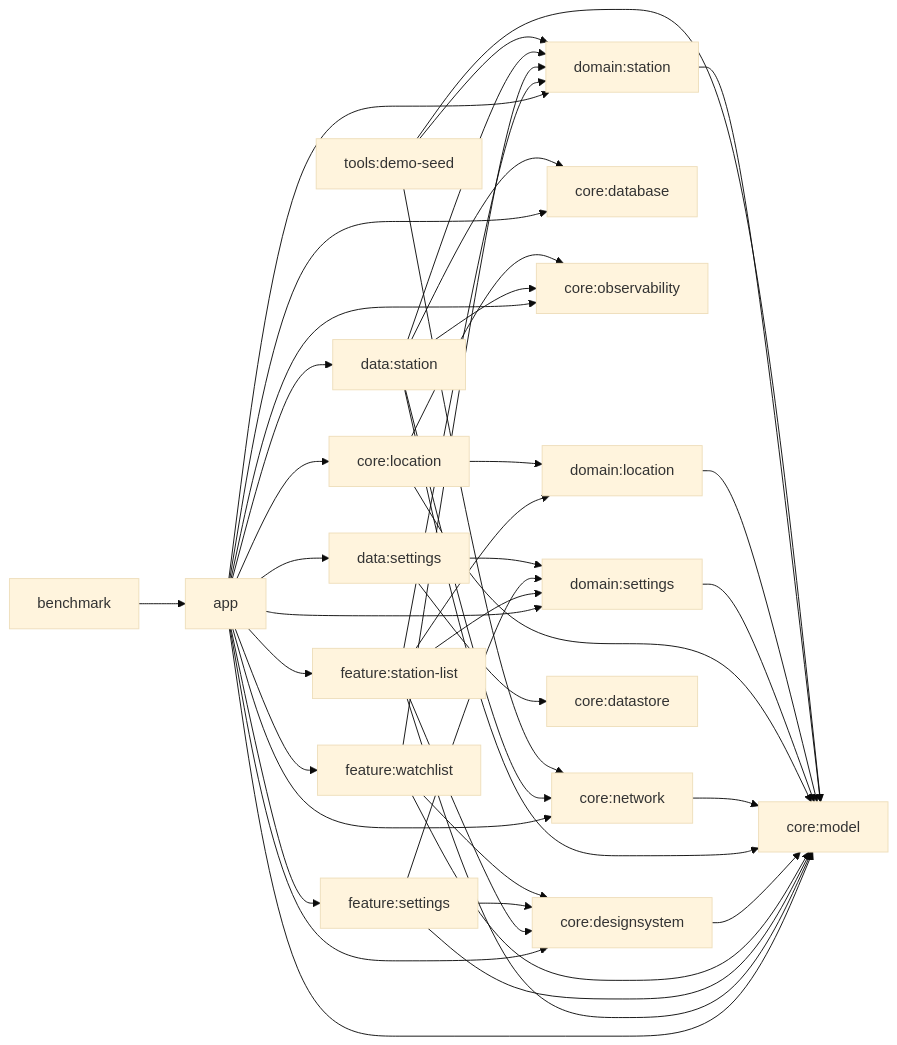
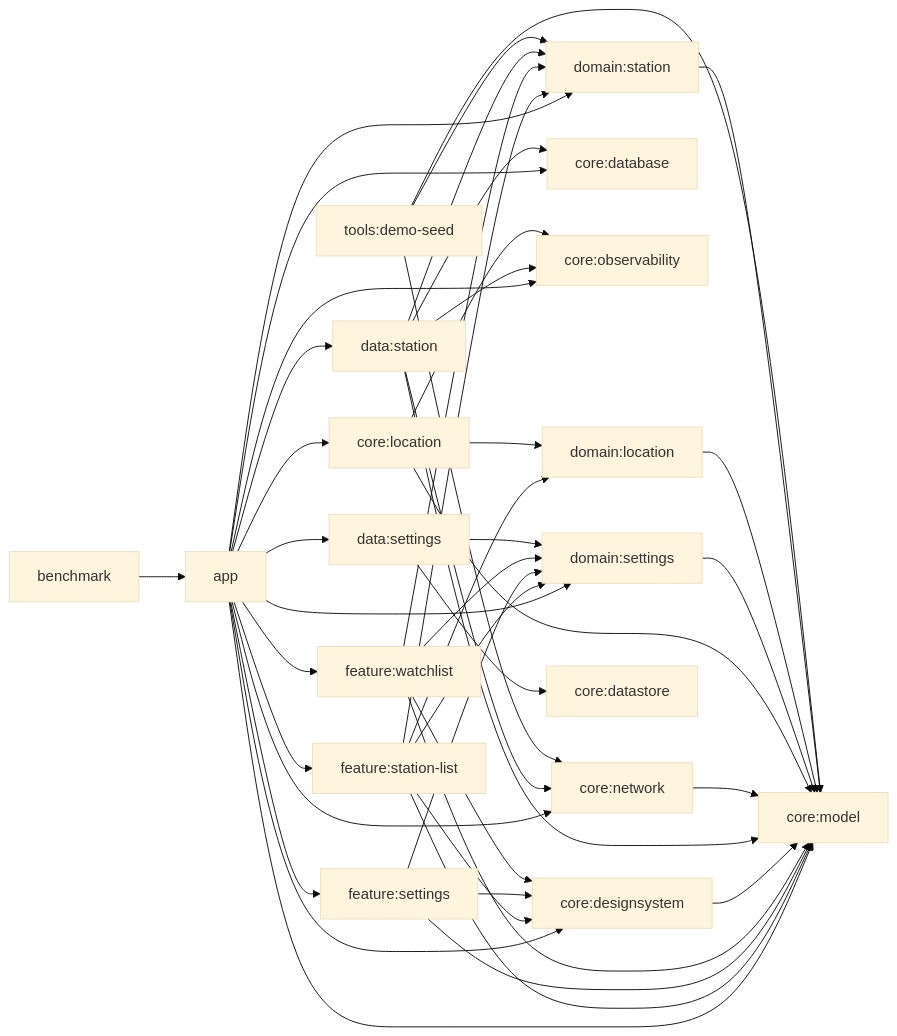
Before and after one commit to beyondwin/GasStation: the diagram in README.md, drawn with Mermaid (base theme). The commit also changed 2 other files, not shown here.

Commit message:
test: strengthen preference consumer coverage

````diff
--- a/README.md
+++ b/README.md
@@ -59,54 +59,55 @@
 ```mermaid
 flowchart LR
     app["app"] --> fstation["feature:station-list"]
     app --> fsettings["feature:settings"]
     app --> fwatch["feature:watchlist"]
     app --> dstation["data:station"]
     app --> dsettings["data:settings"]
     app --> cdesign["core:designsystem"]
     app --> clocation["core:location"]
     app --> cnetwork["core:network"]
     app --> cdatabase["core:database"]
     app --> cmodel["core:model"]
     app --> cobserve["core:observability"]
     app --> domSettings["domain:settings"]
     app --> domStation["domain:station"]
 
     fstation --> domSettings
     fstation --> domStation
     fstation --> domLocation["domain:location"]
     fstation --> cdesign
     fstation --> cmodel
 
     fsettings --> domSettings
     fsettings --> cdesign
     fsettings --> cmodel
 
     fwatch --> domStation
+    fwatch --> domSettings
     fwatch --> cmodel
     fwatch --> cdesign
     cdesign --> cmodel
 
     dstation --> domStation
     dstation --> cnetwork
     dstation --> cdatabase
     dstation --> cmodel
     dstation --> cobserve
 
     dsettings --> domSettings
     dsettings --> cstore["core:datastore"]
 
     cnetwork --> cmodel
 
     clocation --> domLocation
     clocation --> cmodel
     clocation --> cobserve
     domSettings --> cmodel
     domLocation --> cmodel
     domStation --> cmodel
 
     tools["tools:demo-seed"] --> cnetwork
     tools --> domStation
     tools --> cmodel
     benchmark["benchmark"] --> app
 ```
````
